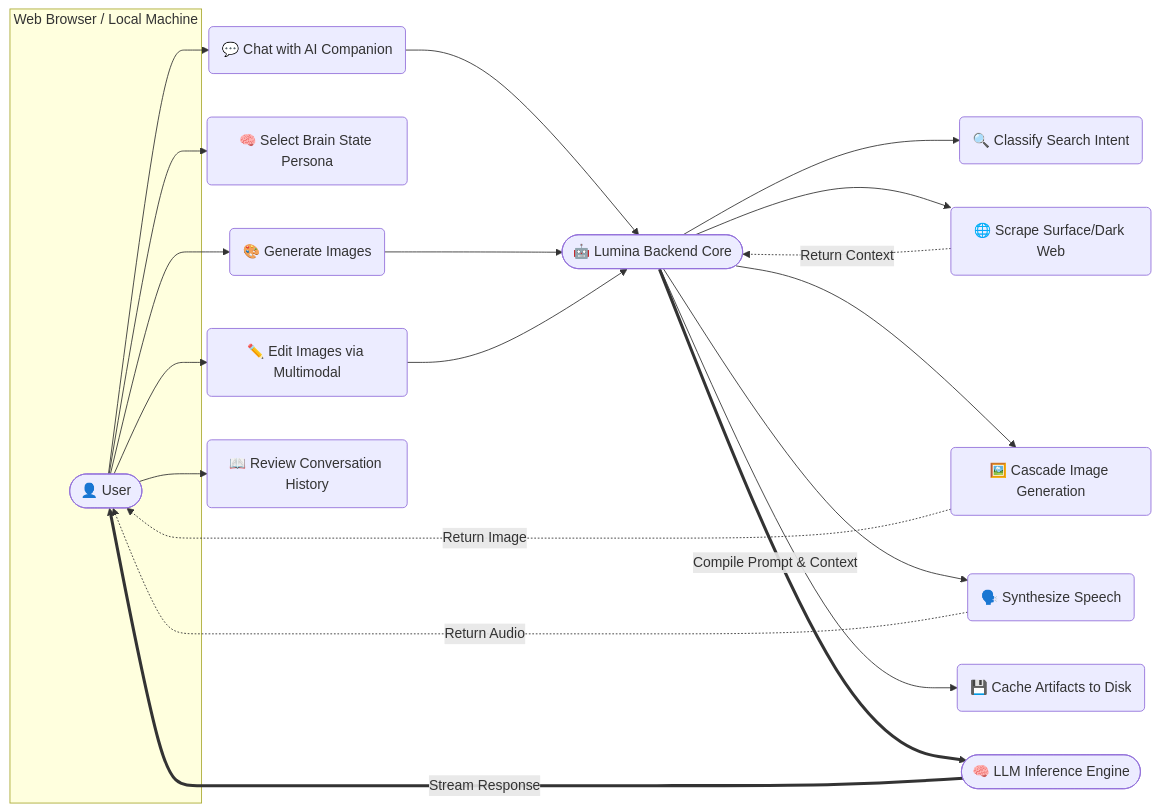
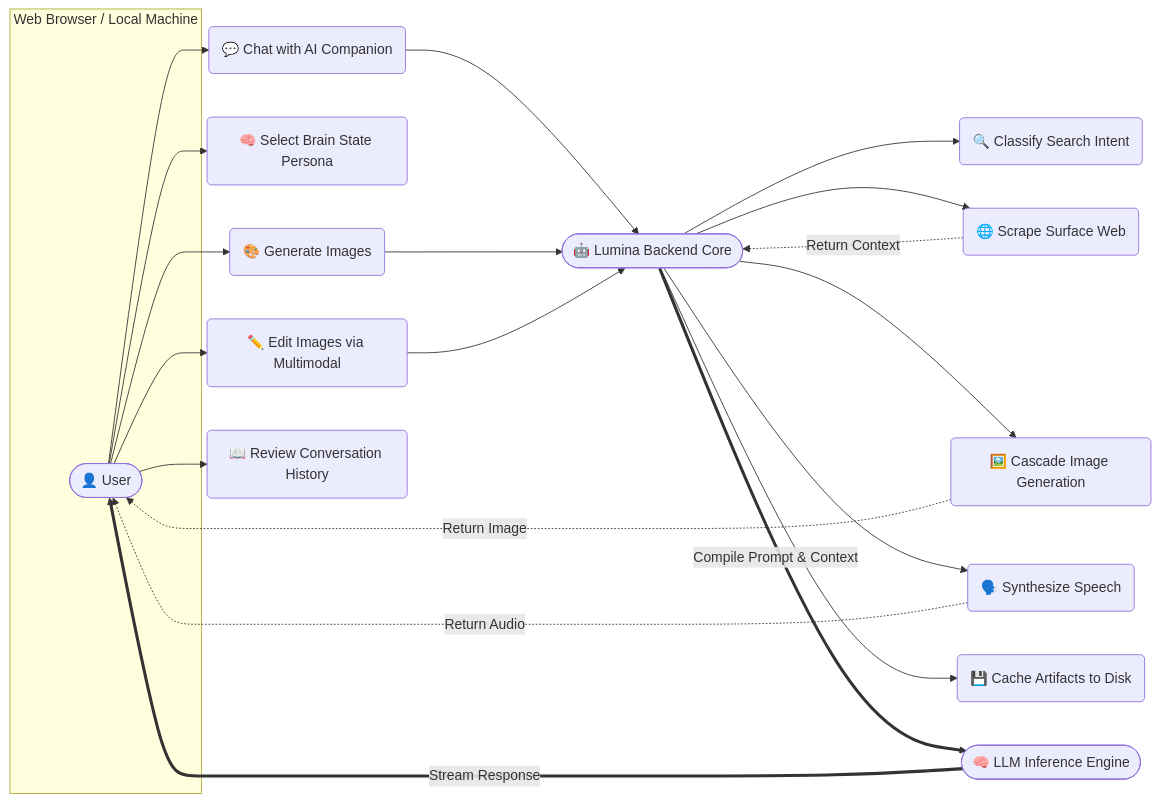
Before and after one commit to Mhghazy/Lumina-AI: the fourth of 7 diagrams in docs/architecture.md, drawn with Mermaid. The commit also changed other lines of this file and 6 other files, not shown here.

Commit message:
docs: remove dark web references and formalize documentation

````diff
--- a/docs/architecture.md
+++ b/docs/architecture.md
@@ -265,34 +263,34 @@
 ```mermaid
 flowchart LR
     subgraph Client [Web Browser / Local Machine]
         User([👤 User])
     end
     
     Lumina([🤖 Lumina Backend Core])
     Engine([🧠 LLM Inference Engine])
     
     User --> UC1(💬 Chat with AI Companion)
     User --> UC2(🧠 Select Brain State Persona)
     User --> UC3(🎨 Generate Images)
     User --> UC4(✏️ Edit Images via Multimodal)
     User --> UC5(📖 Review Conversation History)
     
     %% Connections between User intents and Backend Execution
     UC1 --> Lumina
     UC3 --> Lumina
     UC4 --> Lumina
     
     Lumina --> BUC1(🔍 Classify Search Intent)
-    Lumina --> BUC2(🌐 Scrape Surface/Dark Web)
+    Lumina --> BUC2(🌐 Scrape Surface Web)
     Lumina --> BUC4(🖼️ Cascade Image Generation)
     Lumina --> BUC5(🗣️ Synthesize Speech)
     Lumina --> BUC6(💾 Cache Artifacts to Disk)
     
     %% Feedback loops returning the data
     BUC2 -.->|Return Context| Lumina
     BUC4 -.->|Return Image| User
     BUC5 -.->|Return Audio| User
     
     Lumina ==>|Compile Prompt & Context| Engine
     Engine ==>|Stream Response| User
 ```
````
